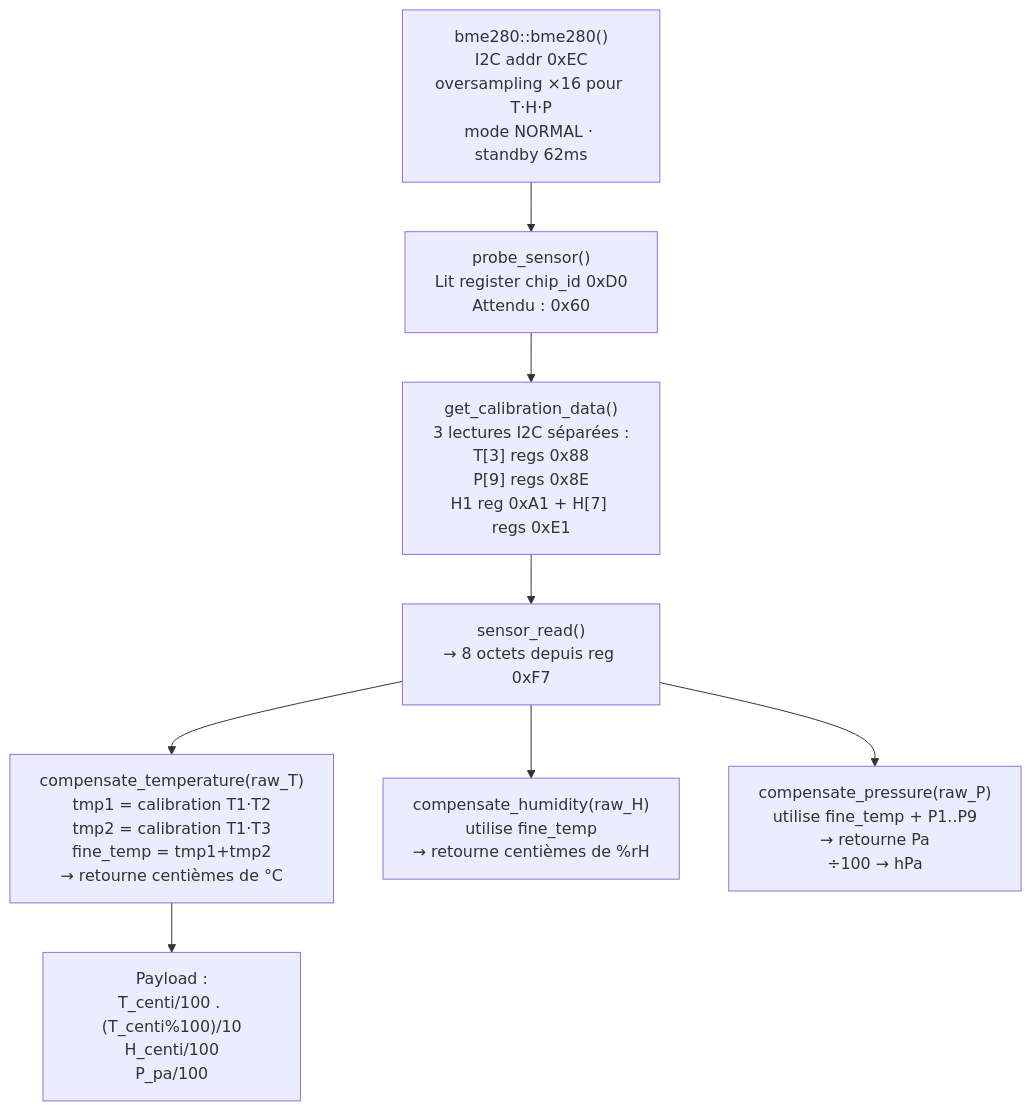
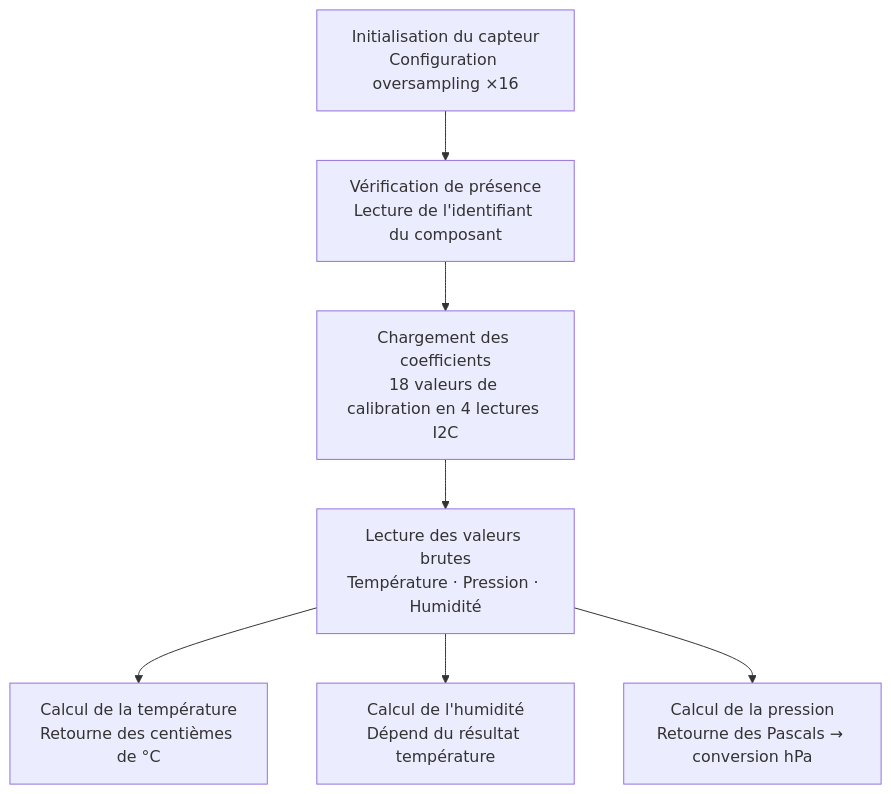
The seventh of 16 diagrams in rendu.md (QuentinBastos/iot-project), drawn with Mermaid before and after one commit. The commit also changed other lines of this file, not shown here.

````diff
--- a/rendu.md
+++ b/rendu.md
@@ -253,12 +183,15 @@
 ```mermaid
 flowchart TD
-    INIT["bme280::bme280()\nI2C addr 0xEC\noversampling ×16 pour T·H·P\nmode NORMAL · standby 62ms"] --> PROBE["probe_sensor()\nLit register chip_id 0xD0\nAttendu : 0x60"]
-    PROBE --> CAL["get_calibration_data()\n3 lectures I2C séparées :\nT[3] regs 0x88\nP[9] regs 0x8E\nH1 reg 0xA1 + H[7] regs 0xE1"]
-    CAL --> READ_LOOP
+    INIT_B["Initialisation du capteur\nConfiguration oversampling ×16"]
+    PROBE["Vérification de présence\nLecture de l'identifiant du composant"]
+    CAL["Chargement des coefficients\n18 valeurs de calibration en 4 lectures I2C"]
+    READ_B["Lecture des valeurs brutes\nTempérature · Pression · Humidité"]
+    COMP_T_B["Calcul de la température\nRetourne des centièmes de °C"]
+    COMP_H_B["Calcul de l'humidité\nDépend du résultat température"]
+    COMP_P_B["Calcul de la pression\nRetourne des Pascals → conversion hPa"]
 
-    READ_LOOP["sensor_read()\n→ 8 octets depuis reg 0xF7"] --> COMP_T["compensate_temperature(raw_T)\ntmp1 = calibration T1·T2\ntmp2 = calibration T1·T3\nfine_temp = tmp1+tmp2\n→ retourne centièmes de °C"]
-    READ_LOOP --> COMP_H["compensate_humidity(raw_H)\nutilise fine_temp\n→ retourne centièmes de %rH"]
-    READ_LOOP --> COMP_P["compensate_pressure(raw_P)\nutilise fine_temp + P1..P9\n→ retourne Pa\n÷100 → hPa"]
-
-    COMP_T --> SEND["Payload :\nT_centi/100 . (T_centi%100)/10\nH_centi/100\nP_pa/100"]
+    INIT_B --> PROBE --> CAL --> READ_B
+    READ_B --> COMP_T_B
+    READ_B --> COMP_H_B
+    READ_B --> COMP_P_B
 ```
````
